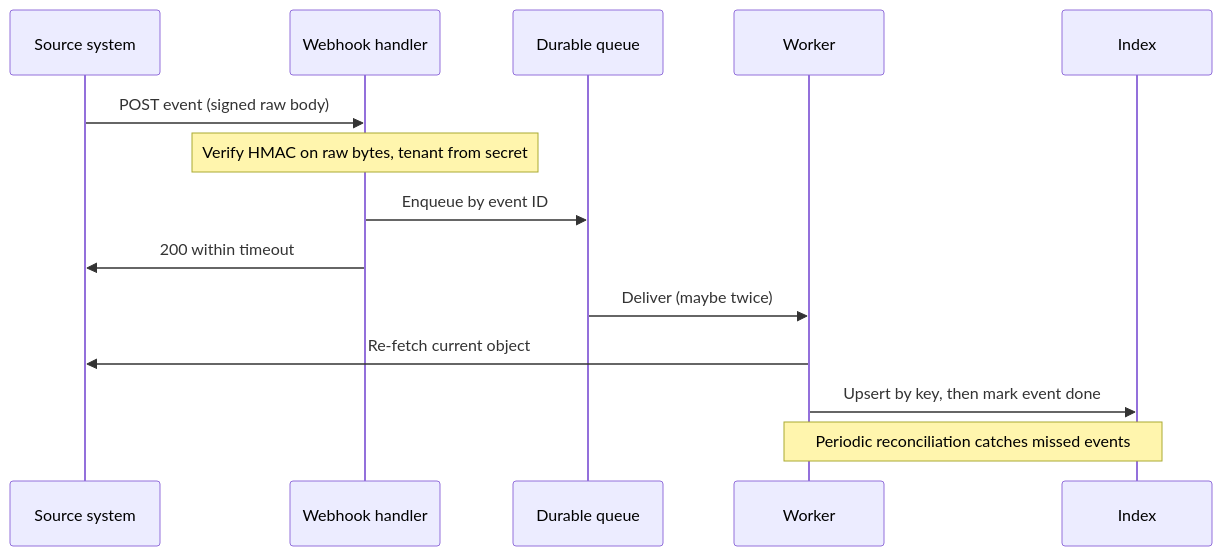
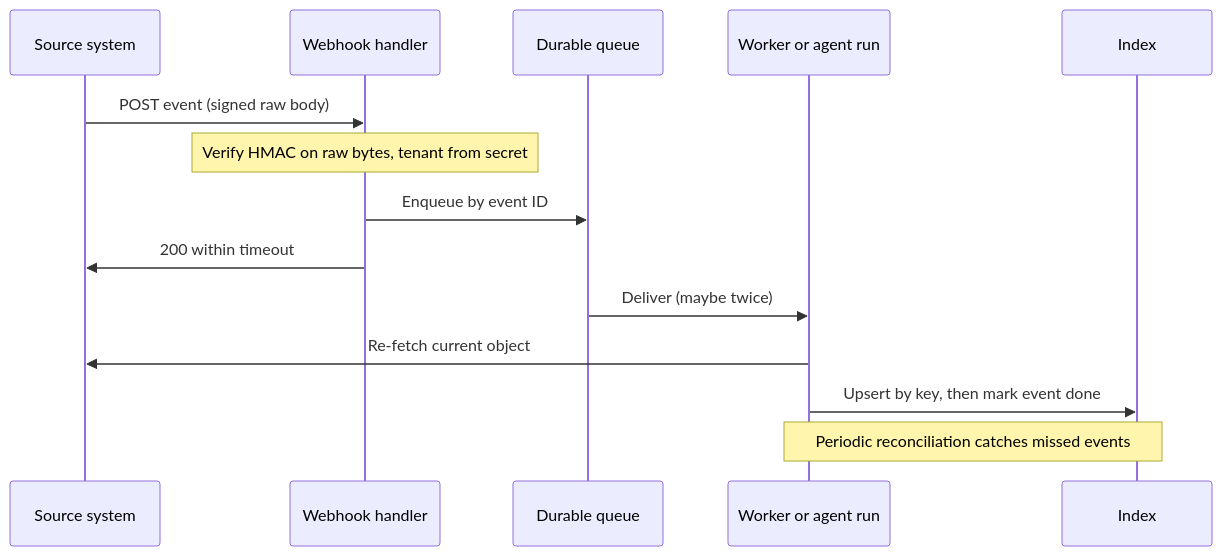
The diagram in content/enterprise-integration/webhooks.md (lovishmahajan97/agentic-learning), drawn with Mermaid before and after one commit. The commit also changed other lines of this file and 454 other files, not shown here.

````diff
--- a/content/enterprise-integration/webhooks.md
+++ b/content/enterprise-integration/webhooks.md
@@ -95,16 +116,16 @@
 ```mermaid
 sequenceDiagram
     participant S as Source system
     participant H as Webhook handler
     participant Q as Durable queue
-    participant W as Worker
+    participant W as Worker or agent run
     participant X as Index
     S->>H: POST event (signed raw body)
     Note over H: Verify HMAC on raw bytes, tenant from secret
     H->>Q: Enqueue by event ID
     H->>S: 200 within timeout
     Q->>W: Deliver (maybe twice)
     W->>S: Re-fetch current object
     W->>X: Upsert by key, then mark event done
     Note over W,X: Periodic reconciliation catches missed events
 ```
````
